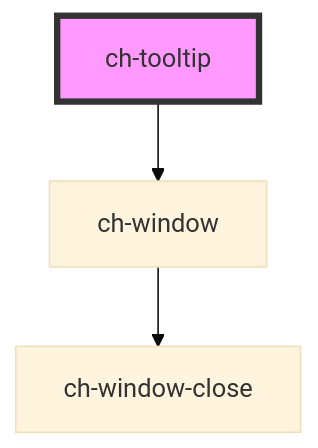
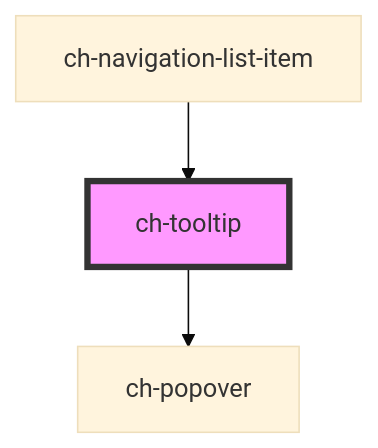
The diagram in src/components/tooltip/readme.md (genexuslabs/chameleon-controls-library), drawn with Mermaid (base theme) before and after one commit. The commit also changed other lines of this file and 25 other files, not shown here.

````diff
--- a/src/components/tooltip/readme.md
+++ b/src/components/tooltip/readme.md
@@ -24,6 +46,6 @@
 ```mermaid
 graph TD;
-  ch-tooltip --> ch-window
-  ch-window --> ch-window-close
+  ch-tooltip --> ch-popover
+  ch-navigation-list-item --> ch-tooltip
   style ch-tooltip fill:#f9f,stroke:#333,stroke-width:4px
 ```
````
